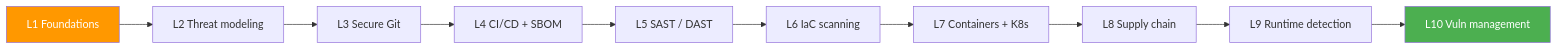
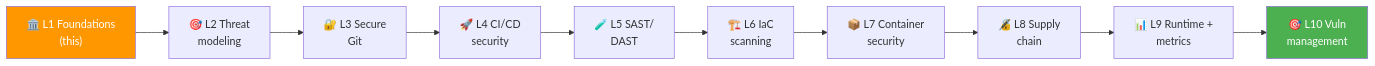
One commit to LeoVesinML/DevSecOps-Intro changed the first of 5 diagrams in lectures/lec1.md. Above: the diagram before and after it, drawn with Mermaid. The commit also changed other lines of this file and 1 other file, not shown here.

````diff
--- a/lectures/lec1.md
+++ b/lectures/lec1.md
@@ -32,14 +33,15 @@
 ```mermaid
 graph LR
-    L1["L1 Foundations"] --> L2["L2 Threat modeling"]
-    L2 --> L3["L3 Secure Git"]
-    L3 --> L4["L4 CI/CD + SBOM"]
-    L4 --> L5["L5 SAST / DAST"]
-    L5 --> L6["L6 IaC scanning"]
-    L6 --> L7["L7 Containers + K8s"]
-    L7 --> L8["L8 Supply chain"]
-    L8 --> L9["L9 Runtime detection"]
-    L9 --> L10["L10 Vuln management"]
+    L1["🏛️ L1 Foundations<br/>(this)"] --> L2["🎯 L2 Threat<br/>modeling"]
+    L2 --> L3["🔐 L3 Secure<br/>Git"]
+    L3 --> L4["🚀 L4 CI/CD<br/>security"]
+    L4 --> L5["🧪 L5 SAST/<br/>DAST"]
+    L5 --> L6["🏗️ L6 IaC<br/>scanning"]
+    L6 --> L7["📦 L7 Container<br/>security"]
+    L7 --> L8["🔏 L8 Supply<br/>chain"]
+    L8 --> L9["📊 L9 Runtime +<br/>metrics"]
+    L9 --> L10["🎯 L10 Vuln<br/>management"]
+
     style L1 fill:#FF9800,color:#fff
     style L10 fill:#4CAF50,color:#fff
 ```
````
